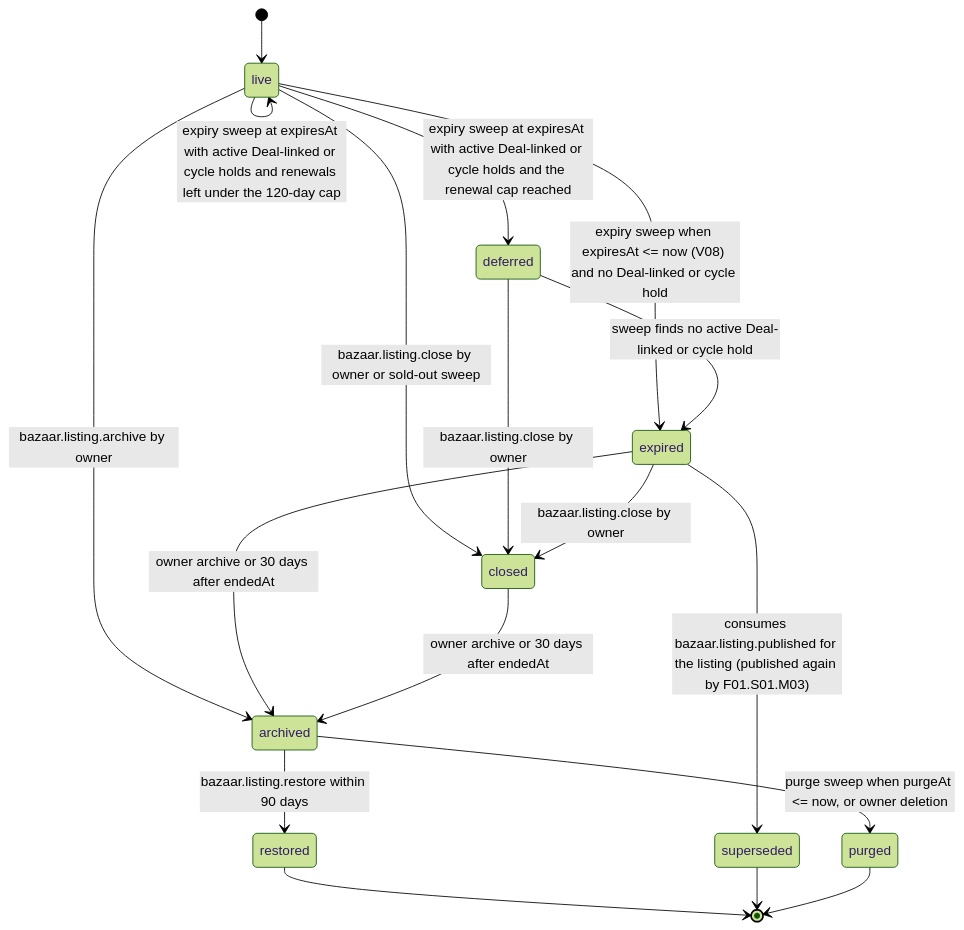
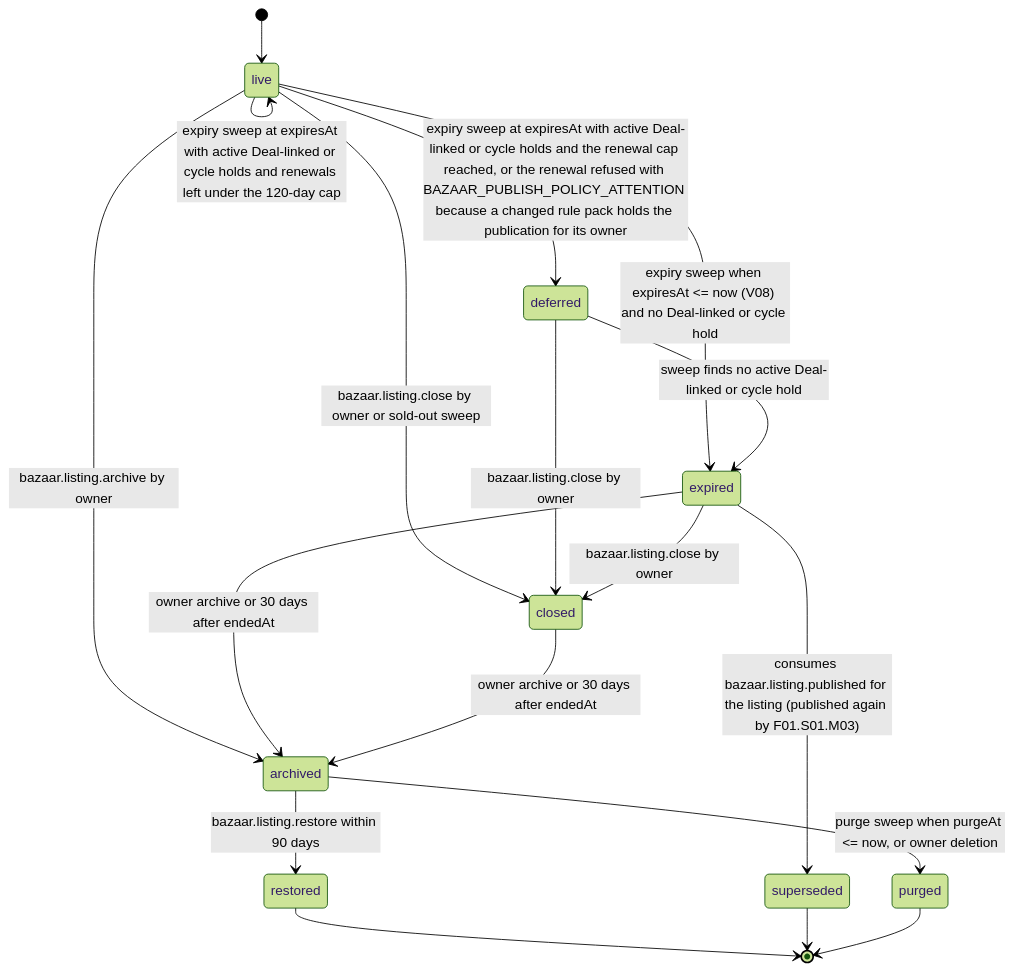
The diagram in 01_LocalBazaar/01_listings/mod_archive/workflow_state_machine.md (djshellshoxxx/CLASSifiedisRUPTed), drawn with Mermaid (forest theme) before and after one commit. The commit also changed other lines of this file and 53 other files, not shown here.

````diff
--- a/01_LocalBazaar/01_listings/mod_archive/workflow_state_machine.md
+++ b/01_LocalBazaar/01_listings/mod_archive/workflow_state_machine.md
@@ -37,20 +37,20 @@
 ```mermaid
 stateDiagram-v2
   [*] --> live
   live --> live: expiry sweep at expiresAt with active Deal-linked or cycle holds and renewals left under the 120-day cap
-  live --> deferred: expiry sweep at expiresAt with active Deal-linked or cycle holds and the renewal cap reached
+  live --> deferred: expiry sweep at expiresAt with active Deal-linked or cycle holds and the renewal cap reached, or the renewal refused with BAZAAR_PUBLISH_POLICY_ATTENTION because a changed rule pack holds the publication for its owner
   live --> expired: expiry sweep when expiresAt <= now (V08) and no Deal-linked or cycle hold
   live --> closed: bazaar.listing.close by owner or sold-out sweep
   live --> archived: bazaar.listing.archive by owner
   deferred --> expired: sweep finds no active Deal-linked or cycle hold
   deferred --> closed: bazaar.listing.close by owner
   expired --> closed: bazaar.listing.close by owner
   expired --> superseded: consumes bazaar.listing.published for the listing (published again by F01.S01.M03)
   expired --> archived: owner archive or 30 days after endedAt
   closed --> archived: owner archive or 30 days after endedAt
   archived --> restored: bazaar.listing.restore within 90 days
   archived --> purged: purge sweep when purgeAt <= now, or owner deletion
   restored --> [*]
   superseded --> [*]
   purged --> [*]
 ```
````
